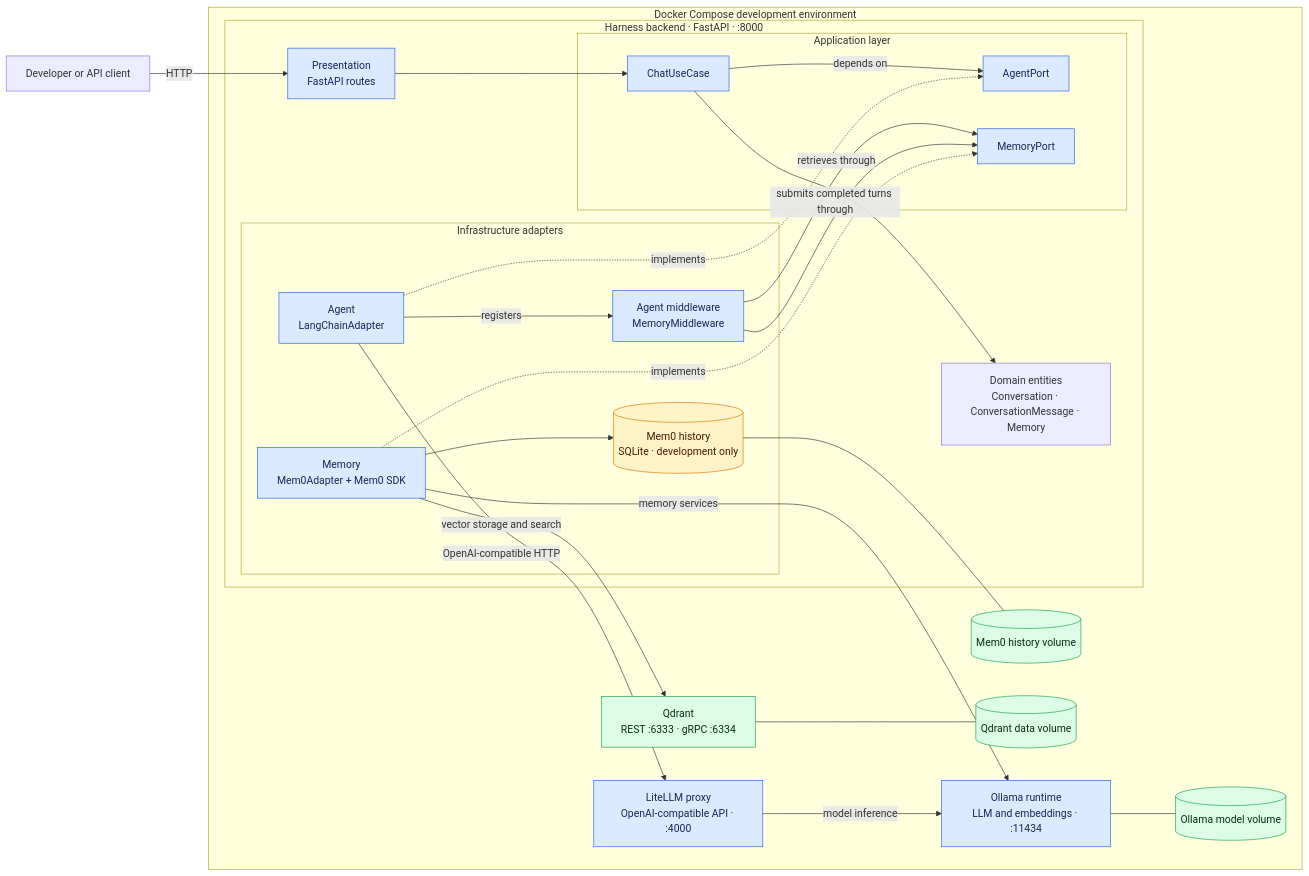
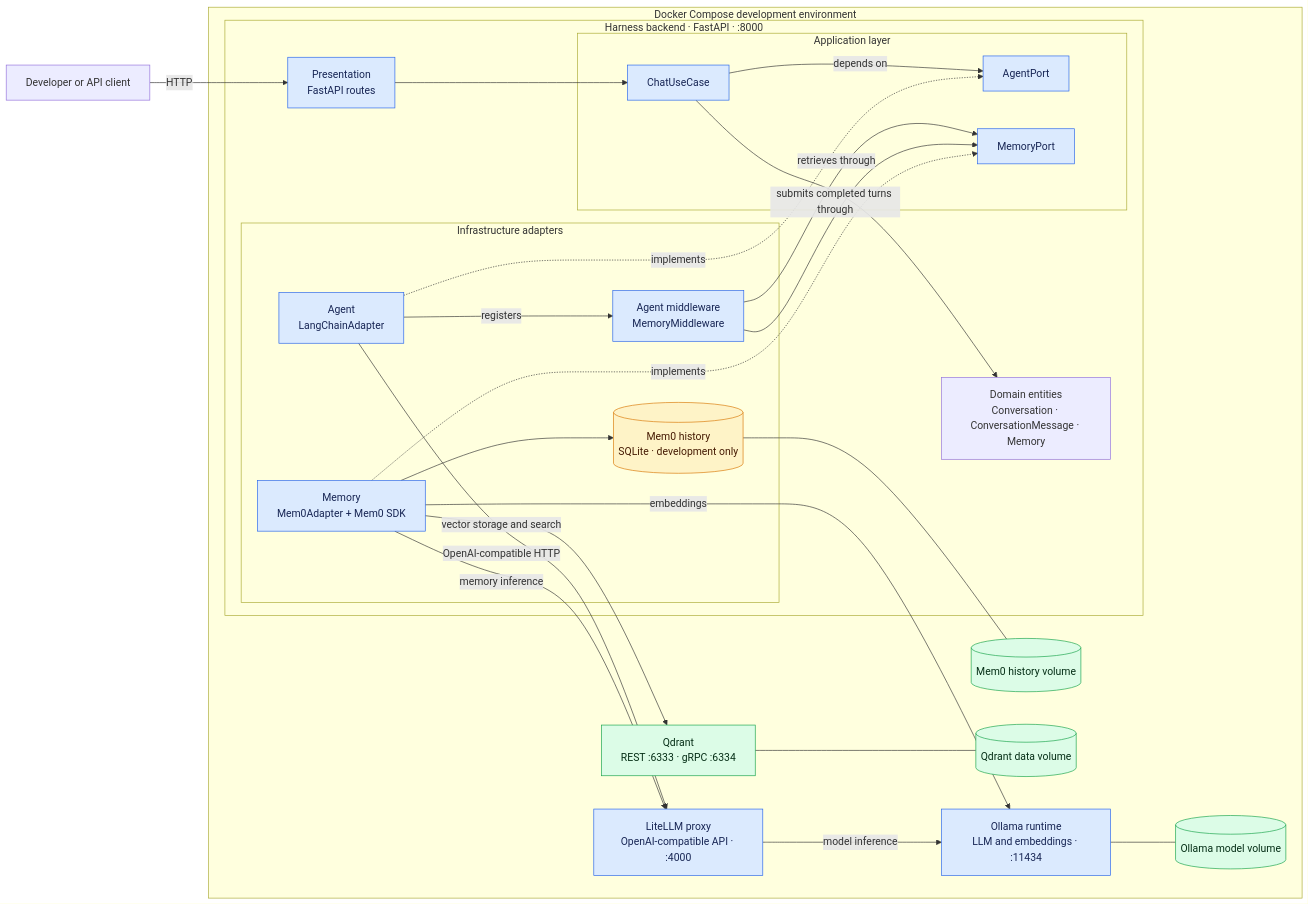
Before and after one commit to ronaldyu001/PERSONAL-harness-backend: the diagram in README.md, drawn with Mermaid. The commit also changed other lines of this file and 10 other files, not shown here.

Commit message:
Added finish reason to chat response. Normalized llm calls to Litellm. Removed thinking in LiteLLM config.

````diff
--- a/README.md
+++ b/README.md
@@ -44,59 +44,60 @@
 ```mermaid
 flowchart LR
     Developer["Developer or API client"]
 
     subgraph Compose["Docker Compose development environment"]
         subgraph Backend["Harness backend · FastAPI · :8000"]
             Routes["Presentation<br/>FastAPI routes"]
 
             subgraph Application["Application layer"]
                 Chat["ChatUseCase"]
                 AgentPort["AgentPort"]
                 MemoryPort["MemoryPort"]
             end
 
             Domain["Domain entities<br/>Conversation · ConversationMessage · Memory"]
 
             subgraph Infrastructure["Infrastructure adapters"]
                 AgentAdapter["Agent<br/>LangChainAdapter"]
                 MemoryMiddleware["Agent middleware<br/>MemoryMiddleware"]
                 Mem0Adapter["Memory<br/>Mem0Adapter + Mem0 SDK"]
                 History[("Mem0 history<br/>SQLite · development only")]
             end
         end
 
         LiteLLM["LiteLLM proxy<br/>OpenAI-compatible API · :4000"]
         Ollama["Ollama runtime<br/>LLM and embeddings · :11434"]
         Qdrant["Qdrant<br/>REST :6333 · gRPC :6334"]
         Mem0Volume[("Mem0 history volume")]
         OllamaVolume[("Ollama model volume")]
         QdrantVolume[("Qdrant data volume")]
     end
 
     Developer -->|"HTTP"| Routes
     Routes --> Chat
     Chat -->|"depends on"| AgentPort
     AgentAdapter -. "implements" .-> AgentPort
     AgentAdapter -->|"OpenAI-compatible HTTP"| LiteLLM
     AgentAdapter -->|"registers"| MemoryMiddleware
     MemoryMiddleware -->|"retrieves through"| MemoryPort
     MemoryMiddleware -->|"submits completed turns through"| MemoryPort
     LiteLLM -->|"model inference"| Ollama
 
     Chat --> Domain
     Mem0Adapter -. "implements" .-> MemoryPort
-    Mem0Adapter -->|"memory services"| Ollama
+    Mem0Adapter -->|"memory inference"| LiteLLM
+    Mem0Adapter -->|"embeddings"| Ollama
     Mem0Adapter -->|"vector storage and search"| Qdrant
     Mem0Adapter --> History
     History --- Mem0Volume
 
     Ollama --- OllamaVolume
     Qdrant --- QdrantVolume
 
     classDef active fill:#dbeafe,stroke:#2563eb,color:#172554;
     classDef planned fill:#fef3c7,stroke:#d97706,color:#451a03;
     classDef stateful fill:#dcfce7,stroke:#16a34a,color:#052e16;
     class Routes,Chat,AgentPort,AgentAdapter,MemoryMiddleware,MemoryPort,Mem0Adapter,LiteLLM,Ollama active;
     class History planned;
     class Qdrant,Mem0Volume,OllamaVolume,QdrantVolume stateful;
 ```
````
